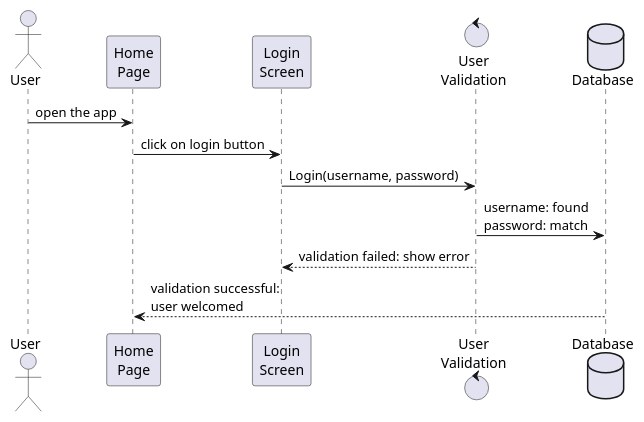
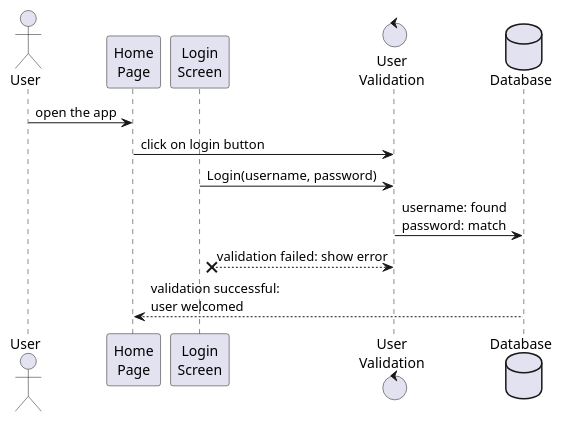
Before and after one commit to TommasoScalici/FoodDelivery: the diagram in src/main/java/unipa/fooddelivery/diagrams/sequence/loginsequence.wsd, drawn with PlantUML. The commit also changed 2 other files, not shown here.

Commit message:
display restaurant sequence diagram

```diff
--- a/src/main/java/unipa/fooddelivery/diagrams/sequence/loginsequence.wsd
+++ b/src/main/java/unipa/fooddelivery/diagrams/sequence/loginsequence.wsd
@@ -1,15 +1,15 @@
 @startuml Login Sequence Diagram
 
 actor User
-participant "Home\nPage"
-participant "Login\nScreen"
-control "User\nValidation"
+participant "Home\nPage" as HomePage
+participant "Login\nScreen" as LoginScreen
+control "User\nValidation" as UserValidation
 database Database
 
-User -> "Home\nPage" : open the app
-"Home\nPage" -> "Login\nScreen" : click on login button
-"Login\nScreen" -> "User\nValidation" : Login(username, password)
-"User\nValidation" -> Database : username: found\npassword: match
-"Login\nScreen" <-- "User\nValidation" : validation failed: show error
-"Home\nPage" <-- Database : validation successful:\nuser welcomed
+User -> HomePage : open the app
+HomePage -> UserValidation : click on login button
+LoginScreen -> UserValidation : Login(username, password)
+UserValidation -> Database : username: found\npassword: match
+LoginScreen x-- UserValidation : validation failed: show error
+HomePage <-- Database : validation successful:\nuser welcomed
 @enduml
```
